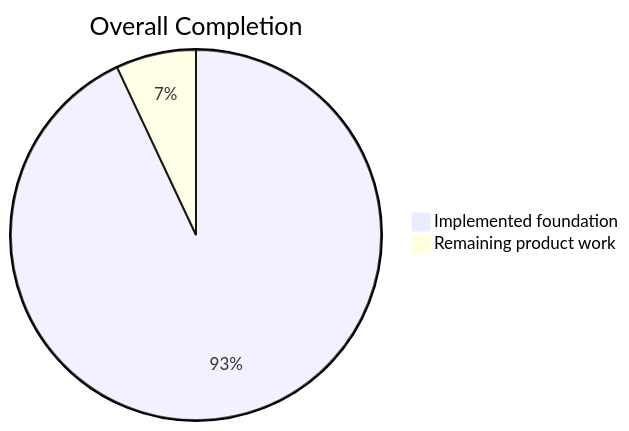
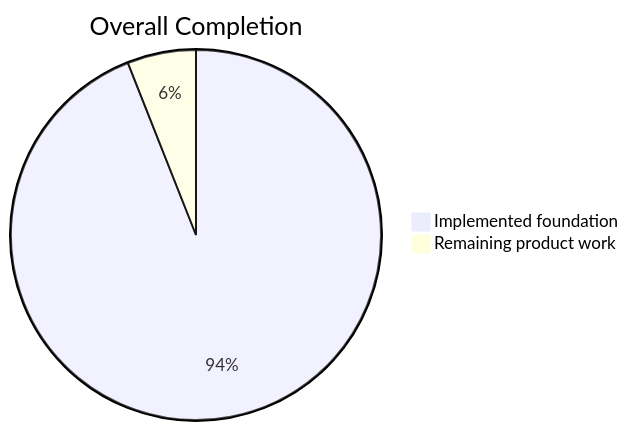
The first of 5 diagrams in README.md (lingmulongtai/GlyphRay), drawn with Mermaid before and after one commit. The commit also changed other lines of this file and 27 other files, not shown here.

````diff
--- a/README.md
+++ b/README.md
@@ -15,5 +15,5 @@
 ```mermaid
 pie title Overall Completion
-  "Implemented foundation" : 93
-  "Remaining product work" : 7
+  "Implemented foundation" : 94
+  "Remaining product work" : 6
 ```
````
